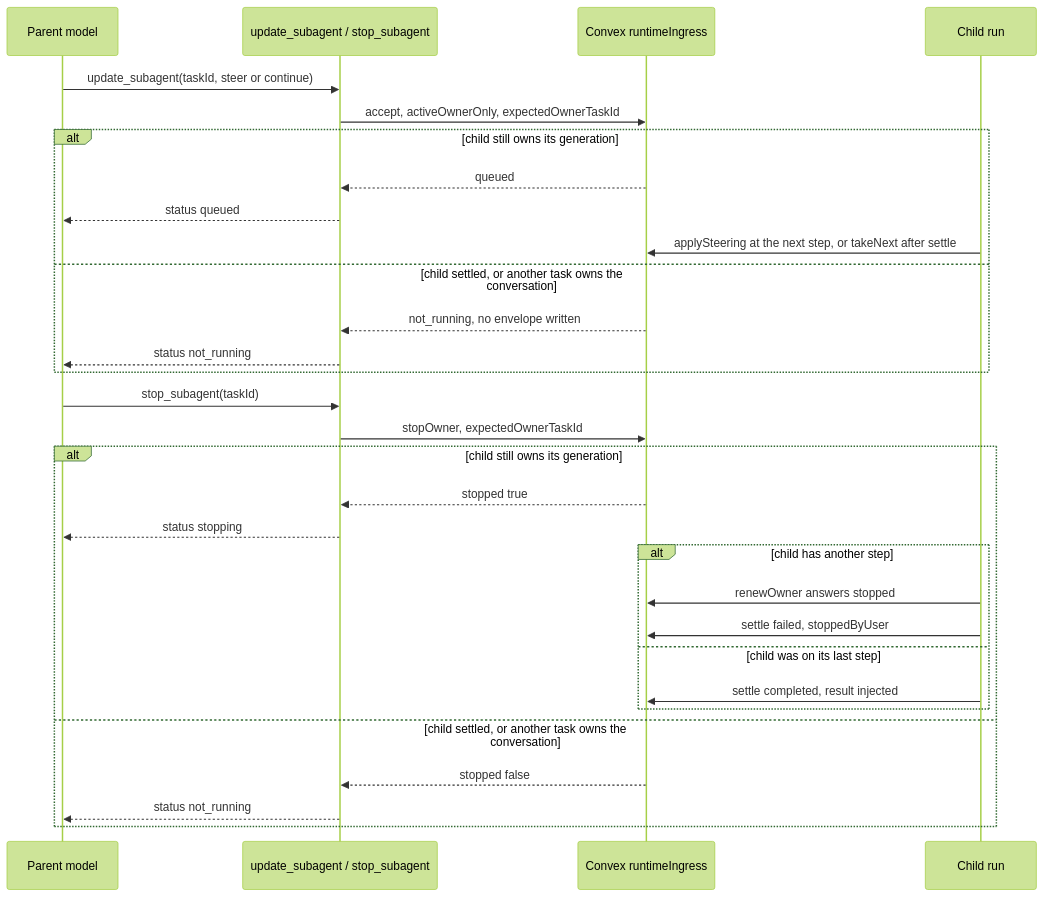
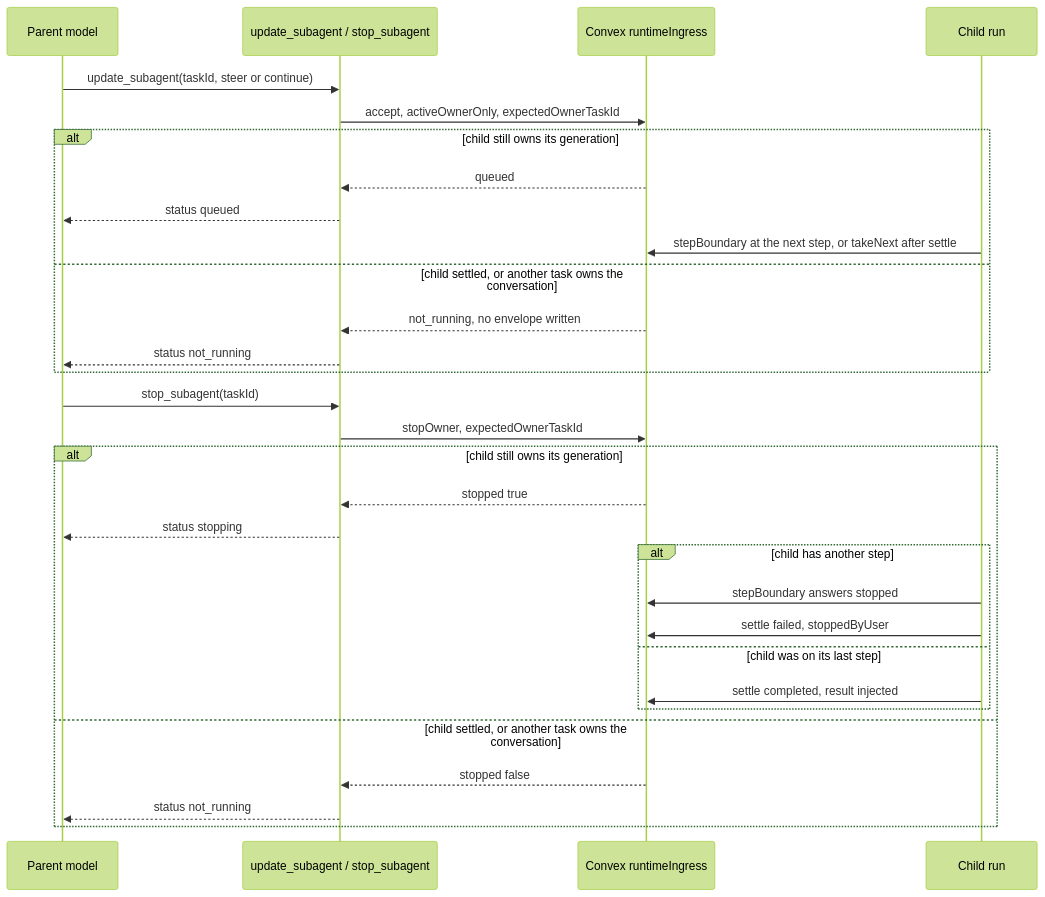
The third of 4 diagrams in apps/docs/docs/internals/subagents.md (beeblastco/broods), drawn with Mermaid (forest theme) before and after one commit. The commit also changed other lines of this file and 8 other files, not shown here.

````diff
--- a/apps/docs/docs/internals/subagents.md
+++ b/apps/docs/docs/internals/subagents.md
@@ -91,33 +91,33 @@
 ```mermaid
 sequenceDiagram
   participant P as Parent model
   participant T as update_subagent / stop_subagent
   participant CX as Convex runtimeIngress
   participant Ch as Child run
 
   P->>T: update_subagent(taskId, steer or continue)
   T->>CX: accept, activeOwnerOnly, expectedOwnerTaskId
   alt child still owns its generation
     CX-->>T: queued
     T-->>P: status queued
-    Ch->>CX: applySteering at the next step, or takeNext after settle
+    Ch->>CX: stepBoundary at the next step, or takeNext after settle
   else child settled, or another task owns the conversation
     CX-->>T: not_running, no envelope written
     T-->>P: status not_running
   end
   P->>T: stop_subagent(taskId)
   T->>CX: stopOwner, expectedOwnerTaskId
   alt child still owns its generation
     CX-->>T: stopped true
     T-->>P: status stopping
     alt child has another step
-      Ch->>CX: renewOwner answers stopped
+      Ch->>CX: stepBoundary answers stopped
       Ch->>CX: settle failed, stoppedByUser
     else child was on its last step
       Ch->>CX: settle completed, result injected
     end
   else child settled, or another task owns the conversation
     CX-->>T: stopped false
     T-->>P: status not_running
   end
 ```
````
